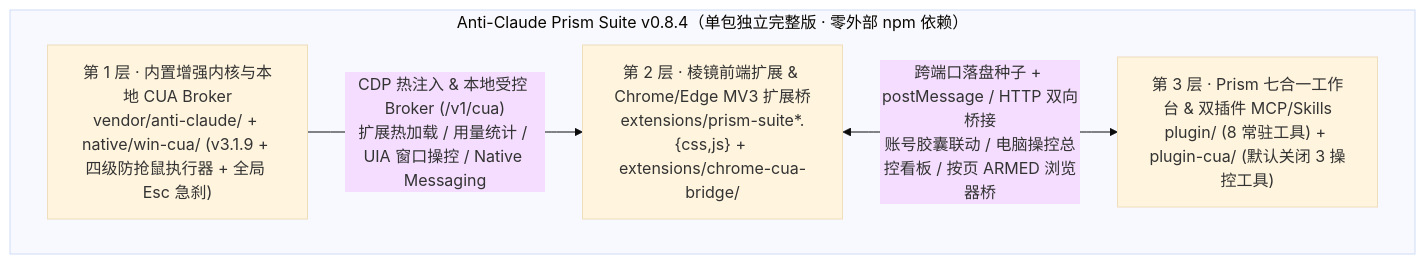
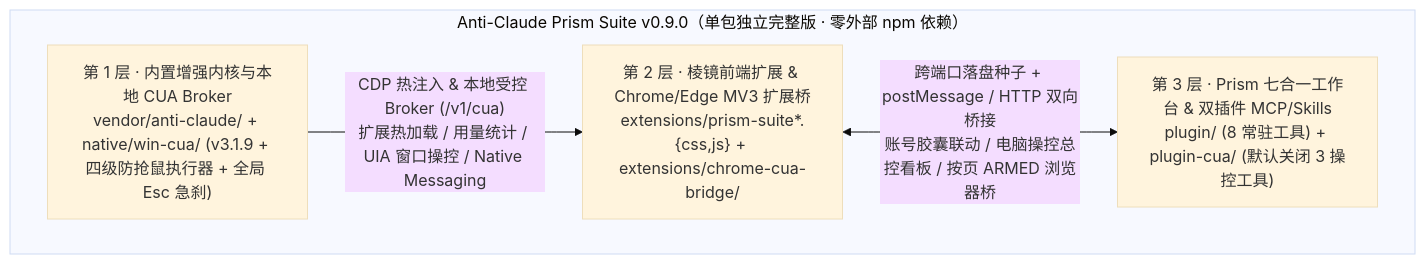
Before and after one commit to wushuai0802/anti-claude-prism-suite: the diagram in README.md, drawn with Mermaid (base theme). The commit also changed other lines of this file and 35 other files, not shown here.

````diff
--- a/README.md
+++ b/README.md
@@ -116,11 +116,11 @@
 ```mermaid
 flowchart TB
-  subgraph PKG["Anti-Claude Prism Suite v0.8.4（单包独立完整版 · 零外部 npm 依赖）"]
+  subgraph PKG["Anti-Claude Prism Suite v0.9.0（单包独立完整版 · 零外部 npm 依赖）"]
     K["第 1 层 · 内置增强内核与本地 CUA Broker<br/>vendor/anti-claude/ + native/win-cua/ (v3.1.9 + 四级防抢鼠执行器 + 全局 Esc 急刹)"]
     E["第 2 层 · 棱镜前端扩展 & Chrome/Edge MV3 扩展桥<br/>extensions/prism-suite*.{css,js} + extensions/chrome-cua-bridge/"]
     P["第 3 层 · Prism 七合一工作台 & 双插件 MCP/Skills<br/>plugin/ (8 常驻工具) + plugin-cua/ (默认关闭 3 操控工具)"]
   end
 
   K -->|"CDP 热注入 & 本地受控 Broker (/v1/cua)<br/>扩展热加载 / 用量统计 / UIA 窗口操控 / Native Messaging"| E
   E <-->|"跨端口落盘种子 + postMessage / HTTP 双向桥接<br/>账号胶囊联动 / 电脑操控总控看板 / 按页 ARMED 浏览器桥"| P
 ```
````
